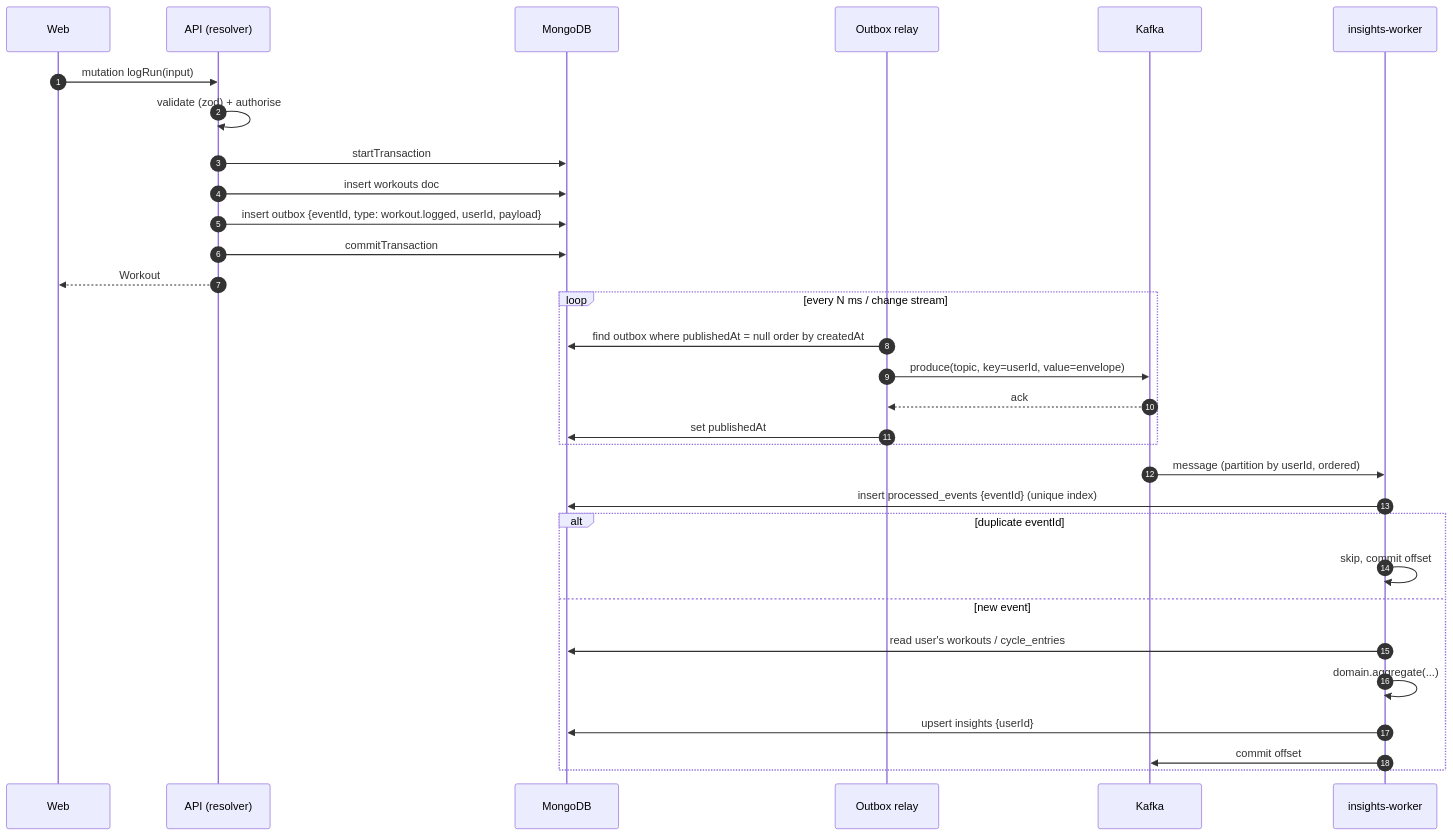
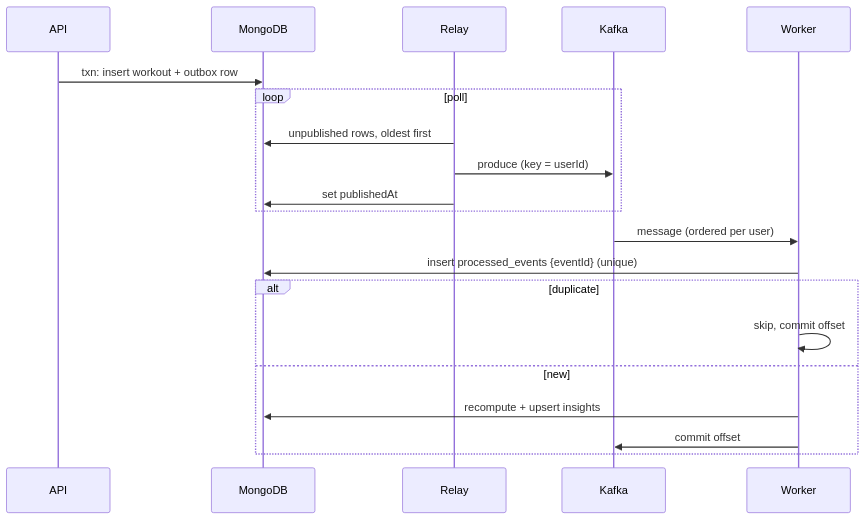
One commit to kelllyy101/cadence changed the second of 2 diagrams in docs/architecture/ARCHITECTURE.md. Above: the diagram before and after it, drawn with Mermaid. The commit also changed other lines of this file, not shown here.

Commit message:
docs(architecture): condense components, flows, data model and privacy design

````diff
--- a/docs/architecture/ARCHITECTURE.md
+++ b/docs/architecture/ARCHITECTURE.md
@@ -57,34 +46,23 @@
 ```mermaid
 sequenceDiagram
-  autonumber
-  participant W as Web
-  participant A as API (resolver)
+  participant A as API
   participant M as MongoDB
-  participant R as Outbox relay
+  participant R as Relay
   participant K as Kafka
-  participant I as insights-worker
+  participant I as Worker
 
-  W->>A: mutation logRun(input)
-  A->>A: validate (zod) + authorise
-  A->>M: startTransaction
-  A->>M: insert workouts doc
-  A->>M: insert outbox {eventId, type: workout.logged, userId, payload}
-  A->>M: commitTransaction
-  A-->>W: Workout
-  loop every N ms / change stream
-    R->>M: find outbox where publishedAt = null order by createdAt
-    R->>K: produce(topic, key=userId, value=envelope)
-    K-->>R: ack
+  A->>M: txn: insert workout + outbox row
+  loop poll
+    R->>M: unpublished rows, oldest first
+    R->>K: produce (key = userId)
     R->>M: set publishedAt
   end
-  K->>I: message (partition by userId, ordered)
-  I->>M: insert processed_events {eventId} (unique index)
-  alt duplicate eventId
+  K->>I: message (ordered per user)
+  I->>M: insert processed_events {eventId} (unique)
+  alt duplicate
     I->>I: skip, commit offset
-  else new event
-    I->>M: read user's workouts / cycle_entries
-    I->>I: domain.aggregate(...)
-    I->>M: upsert insights {userId}
+  else new
+    I->>M: recompute + upsert insights
     I->>K: commit offset
   end
 ```
````
